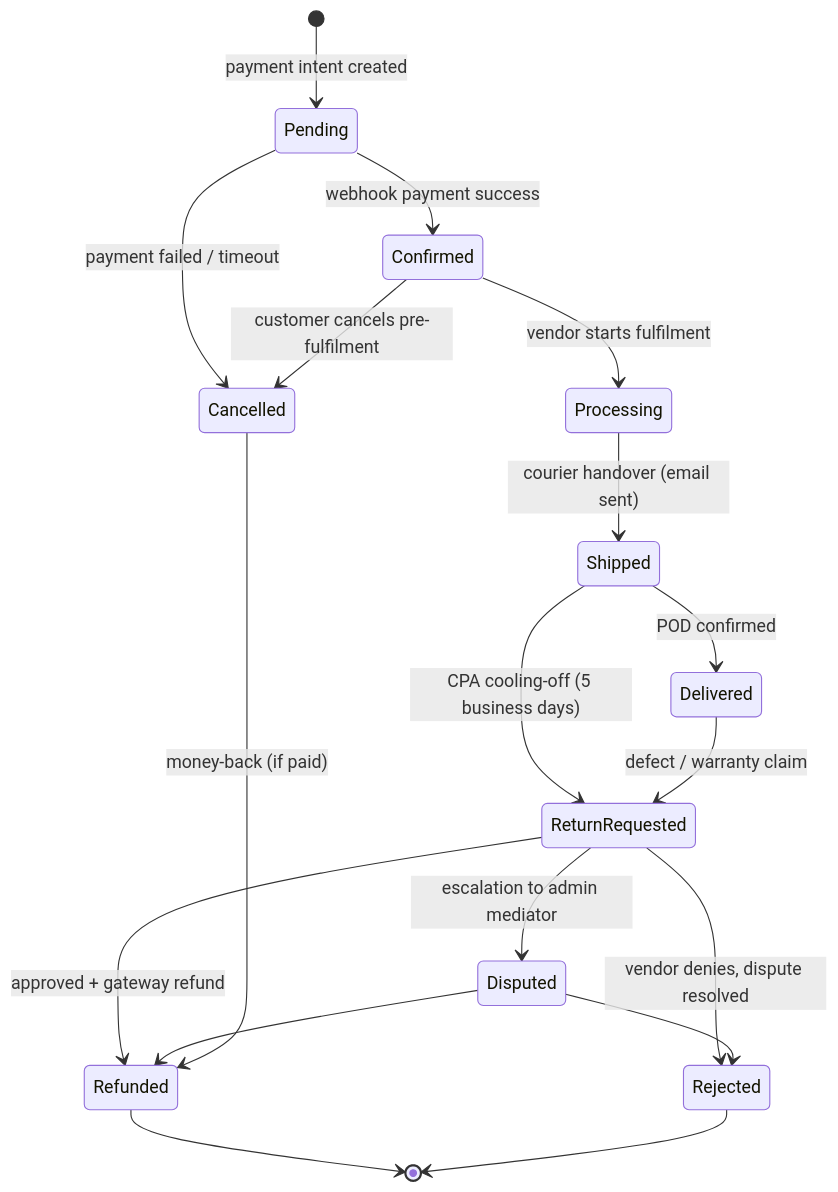
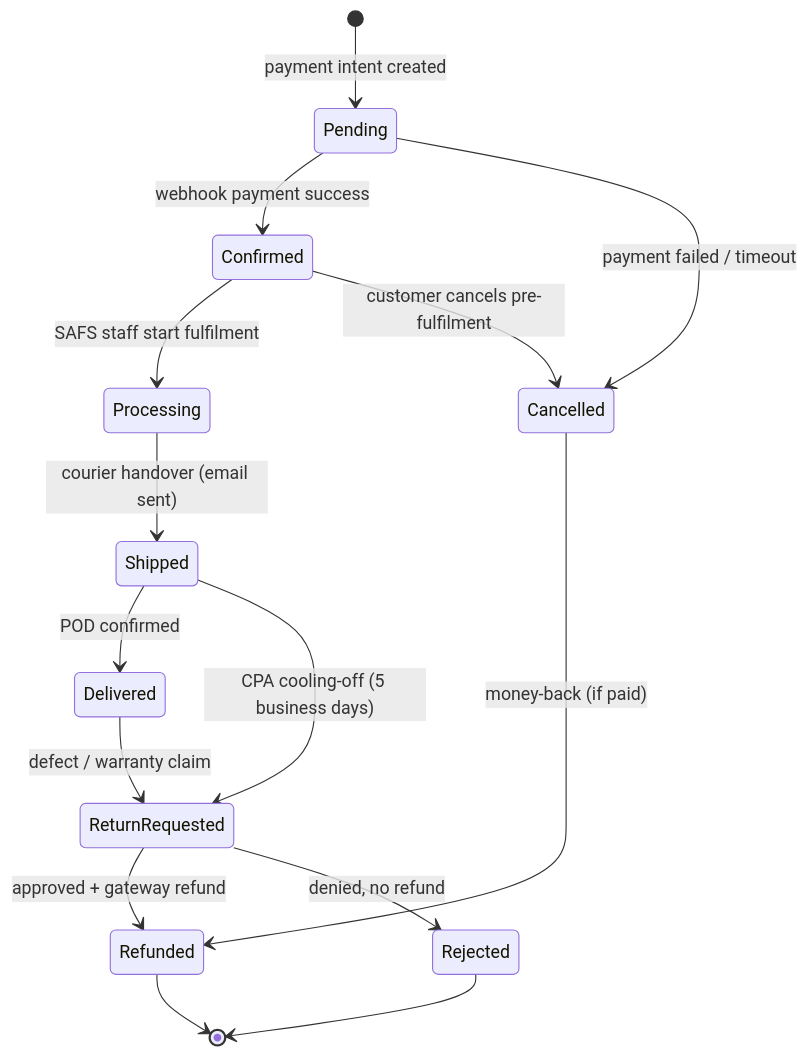
Before and after one commit to Uvaancovie/south-african-furniture: the fourth of 4 diagrams in uml/uml.md, drawn with Mermaid. The commit also changed other lines of this file and 3 other files, not shown here.

Commit message:
erd , functional , non requirements

````diff
--- a/uml/uml.md
+++ b/uml/uml.md
@@ -371,20 +328,17 @@
 ```mermaid
 stateDiagram-v2
     [*] --> Pending : payment intent created
     Pending --> Confirmed : webhook payment success
     Pending --> Cancelled : payment failed / timeout
-    Confirmed --> Processing : vendor starts fulfilment
+    Confirmed --> Processing : SAFS staff start fulfilment
     Processing --> Shipped : courier handover (email sent)
     Shipped --> Delivered : POD confirmed
     Shipped --> ReturnRequested : CPA cooling-off (5 business days)
     Delivered --> ReturnRequested : defect / warranty claim
     ReturnRequested --> Refunded : approved + gateway refund
-    ReturnRequested --> Rejected : vendor denies, dispute resolved
-    ReturnRequested --> Disputed : escalation to admin mediator
-    Disputed --> Refunded
-    Disputed --> Rejected
+    ReturnRequested --> Rejected : denied, no refund
+    Refunded --> [*]
+    Rejected --> [*]
     Confirmed --> Cancelled : customer cancels pre-fulfilment
     Cancelled --> Refunded : money-back (if paid)
-    Refunded --> [*]
-    Rejected --> [*]
 ```
````
